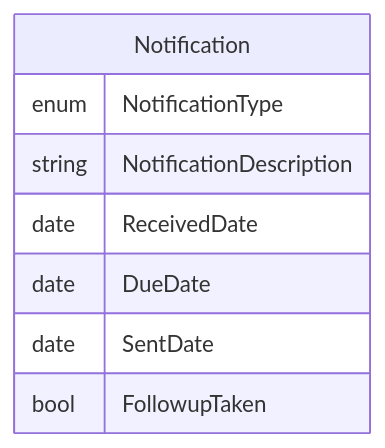
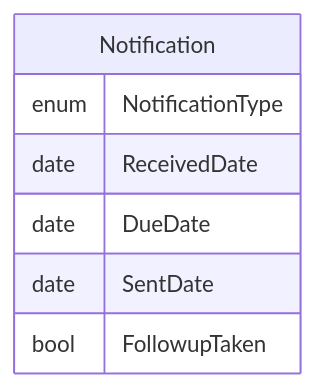
Before and after one commit to gaepdit/air-web: the second of 2 diagrams in docs/Workflows/Work-entries/Notification.md, drawn with Mermaid. The commit also changed 2 other files, not shown here.

Commit message:
Define Notification entity

````diff
--- a/docs/Workflows/Work-entries/Notification.md
+++ b/docs/Workflows/Work-entries/Notification.md
@@ -34,11 +34,10 @@
 ```mermaid
 erDiagram
     Notification {
         enum NotificationType
-        string NotificationDescription
         date ReceivedDate
         date DueDate
         date SentDate
         bool FollowupTaken
     }
 ```
````
